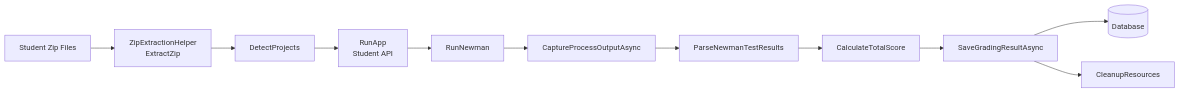
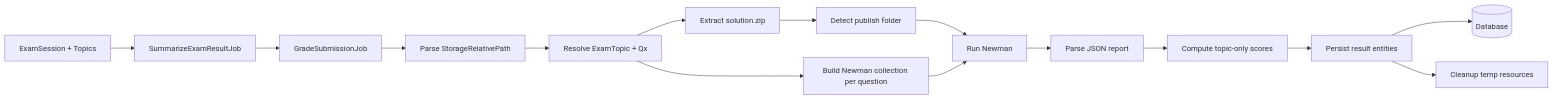
The second of 4 diagrams in docs/WORKFLOW_OVERVIEW.md (namprobe/PRN232_G9_AutoGradingTool), drawn with Mermaid before and after one commit. The commit also changed other lines of this file and 42 other files, not shown here.

First line of the commit message:
Add batch submit flow and grading job pipeline

````diff
--- a/docs/WORKFLOW_OVERVIEW.md
+++ b/docs/WORKFLOW_OVERVIEW.md
@@ -42,13 +57,17 @@
 ```mermaid
 flowchart LR
-    Student[Student Zip Files] --> Extract[ZipExtractionHelper\nExtractZip]
-    Extract --> Detect[DetectProjects]
-    Detect --> RunApp[RunApp\nStudent API]
-    RunApp --> Newman[RunNewman]
-    Newman --> Capture[CaptureProcessOutputAsync]
-    Capture --> Parse[ParseNewmanTestResults]
-    Parse --> Score[CalculateTotalScore]
-    Score --> Save[SaveGradingResultAsync]
+    Session[ExamSession + Topics] --> Summary[SummarizeExamResultJob]
+    Summary --> Job[GradeSubmissionJob]
+    Job --> Path[Parse StorageRelativePath]
+    Path --> Topic[Resolve ExamTopic + Qx]
+    Topic --> Extract[Extract solution.zip]
+    Extract --> App[Detect publish folder]
+    Topic --> Collection[Build Newman collection per question]
+    App --> Newman[Run Newman]
+    Collection --> Newman
+    Newman --> Parse[Parse JSON report]
+    Parse --> Score[Compute topic-only scores]
+    Score --> Save[Persist result entities]
     Save --> DB[(Database)]
-    Save --> Cleanup[CleanupResources]
+    Save --> Cleanup[Cleanup temp resources]
 ```
````
